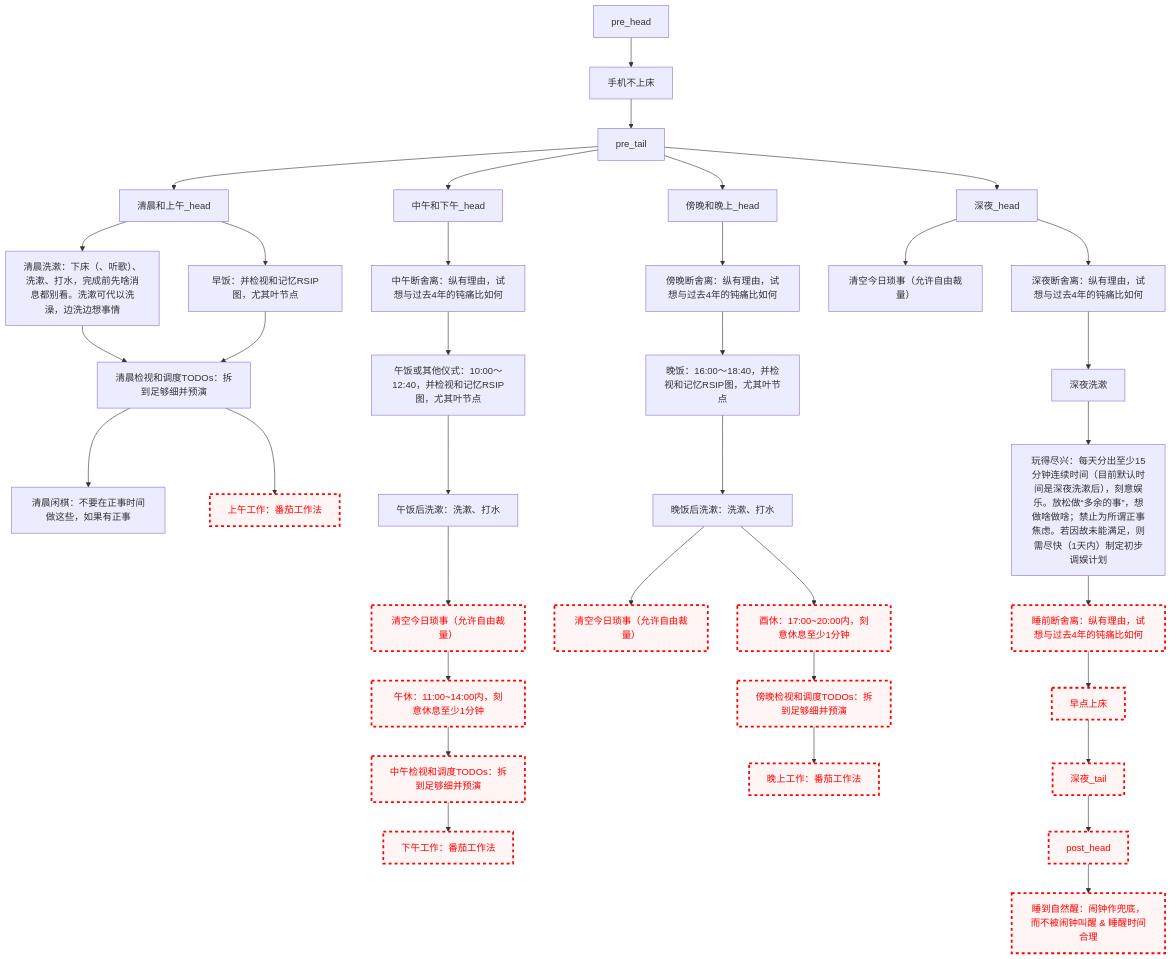
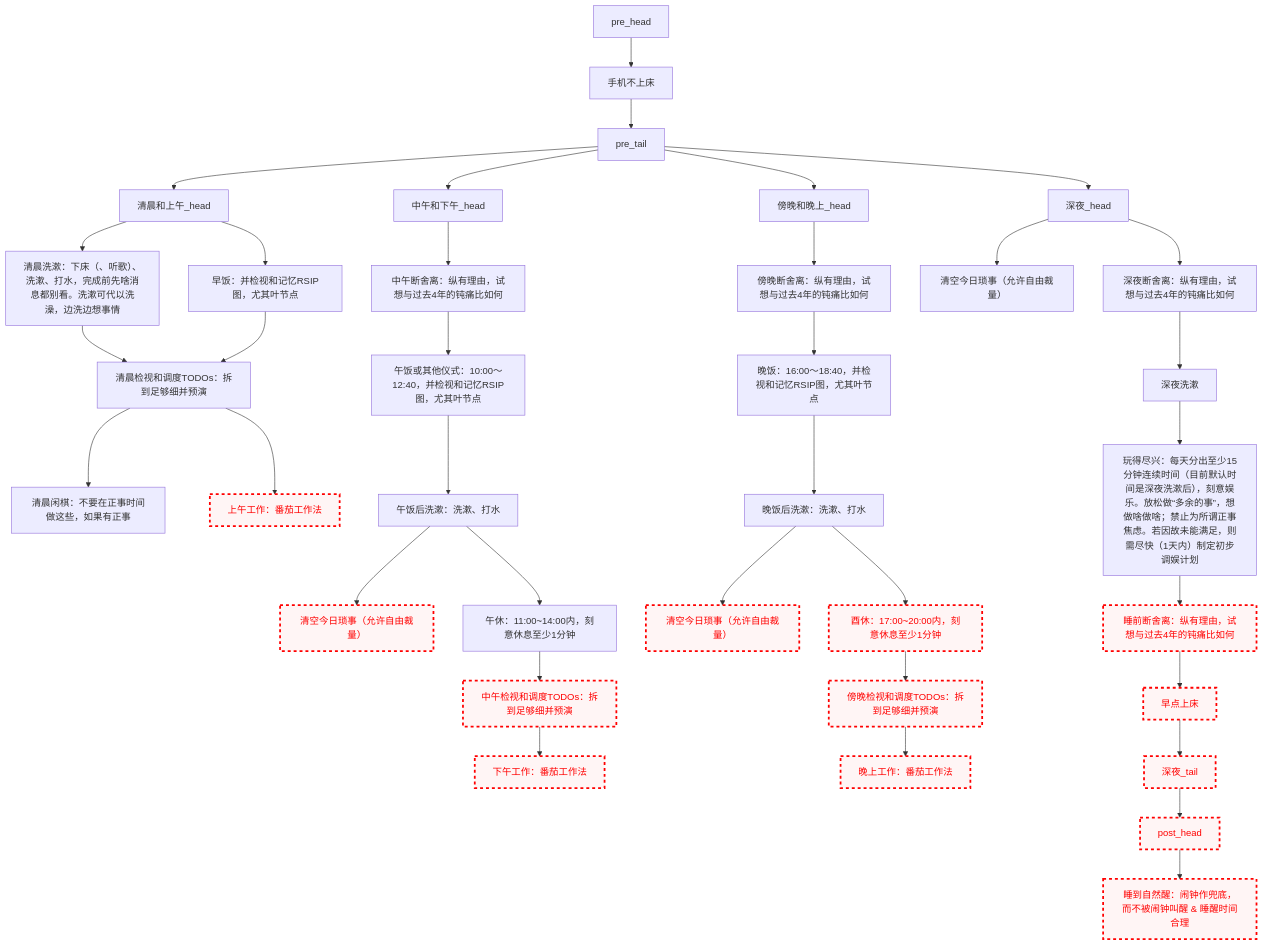
One commit to Ethkuil/RSIP-tree changed the diagram in README.md. Above: the diagram before and after it, drawn with Mermaid.

Commit message:
enable 午休

````diff
--- a/README.md
+++ b/README.md
@@ -21,62 +21,61 @@
 ```mermaid
 graph TD
 
 classDef failed stroke:#ff0000, stroke-width:3px, color:#ff0000, fill:#fff5f5, stroke-dasharray: 5
 
 pre_head --> 手机不上床
 手机不上床 --> pre_tail
 
 
 pre_tail --> 清晨和上午_head
 清晨和上午_head --> 清晨洗漱[清晨洗漱：下床（、听歌）、洗漱、打水，完成前先啥消息都别看。洗漱可代以洗澡，边洗边想事情]
 清晨和上午_head --> 早饭[早饭：并检视和记忆RSIP图，尤其叶节点]
 清晨洗漱 --> 清晨看TODO[清晨检视和调度TODOs：拆到足够细并预演]
 早饭 --> 清晨看TODO
 清晨看TODO --> 清晨闲棋[清晨闲棋：不要在正事时间做这些，如果有正事]
 清晨看TODO --> 上午工作[上午工作：番茄工作法]
 class 上午工作 failed
 
 pre_tail --> 中午和下午_head
 中午和下午_head --> 中午断舍离[中午断舍离：纵有理由，试想与过去4年的钝痛比如何]
 中午断舍离 --> 午饭[午饭或其他仪式：10:00～12:40，并检视和记忆RSIP图，尤其叶节点]
 午饭 --> 午饭后洗漱[午饭后洗漱：洗漱、打水]
 午饭后洗漱 --> 中午今日琐事[清空今日琐事（允许自由裁量）]
 class 中午今日琐事 failed
-中午今日琐事 --> 午休[午休：11:00~14:00内，刻意休息至少1分钟]
-class 午休 failed
+午饭后洗漱 --> 午休[午休：11:00~14:00内，刻意休息至少1分钟]
 午休 --> 中午看TODO[中午检视和调度TODOs：拆到足够细并预演]
 class 中午看TODO failed
 中午看TODO --> 下午工作[下午工作：番茄工作法]
 class 下午工作 failed
 
 pre_tail --> 傍晚和晚上_head
 傍晚和晚上_head --> 傍晚断舍离[傍晚断舍离：纵有理由，试想与过去4年的钝痛比如何]
 傍晚断舍离 --> 晚饭[晚饭：16:00～18:40，并检视和记忆RSIP图，尤其叶节点]
 晚饭 --> 晚饭后洗漱[晚饭后洗漱：洗漱、打水]
 晚饭后洗漱 --> 傍晚今日琐事[清空今日琐事（允许自由裁量）]
 class 傍晚今日琐事 failed
 晚饭后洗漱 --> 酉休[酉休：17:00~20:00内，刻意休息至少1分钟]
 class 酉休 failed
 酉休 --> 傍晚看TODO[傍晚检视和调度TODOs：拆到足够细并预演]
 class 傍晚看TODO failed
 傍晚看TODO --> 晚上工作[晚上工作：番茄工作法]
 class 晚上工作 failed
 
 pre_tail --> 深夜_head
 深夜_head --> 深夜今日琐事[清空今日琐事（允许自由裁量）]
 深夜_head --> 深夜断舍离[深夜断舍离：纵有理由，试想与过去4年的钝痛比如何]
 深夜断舍离 --> 深夜洗漱
 深夜洗漱 --> 玩得尽兴[玩得尽兴：每天分出至少15分钟连续时间（目前默认时间是深夜洗漱后），刻意娱乐。放松做“多余的事”，想做啥做啥；禁止为所谓正事焦虑。若因故未能满足，则需尽快（1天内）制定初步调娱计划]
 玩得尽兴 --> 睡前断舍离[睡前断舍离：纵有理由，试想与过去4年的钝痛比如何]
 class 睡前断舍离 failed
 睡前断舍离 --> 早点上床
 class 早点上床 failed
 早点上床 --> 深夜_tail
 class 深夜_tail failed
 
 
 深夜_tail --> post_head
 class post_head failed
 post_head --> 睡到自然醒[睡到自然醒：闹钟作兜底，而不被闹钟叫醒 & 睡醒时间合理]
 class 睡到自然醒 failed
 ```
````
